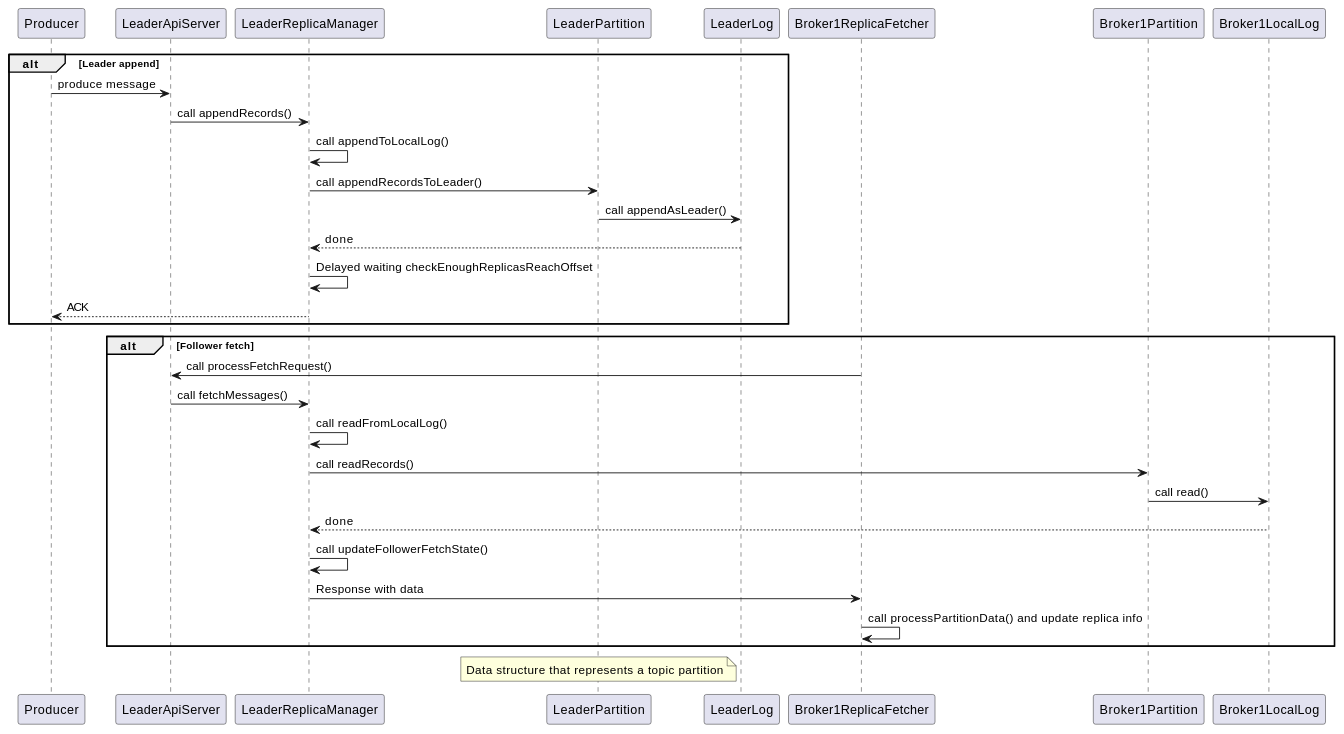
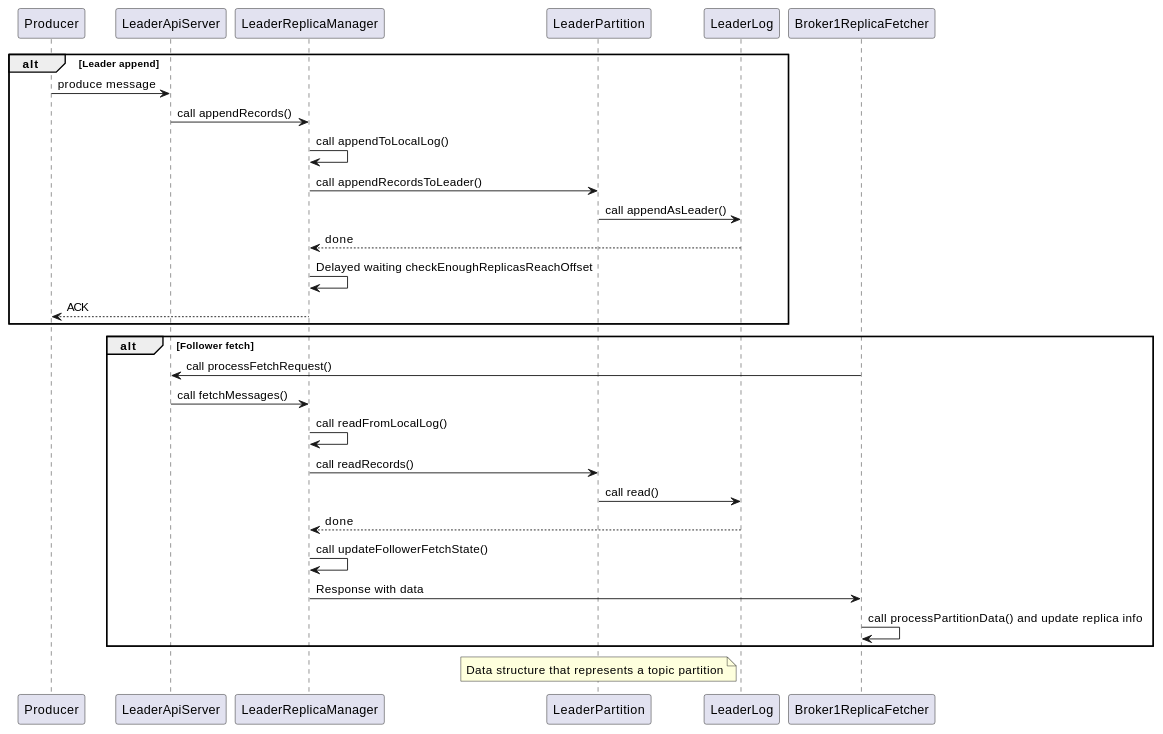
Before and after one commit to Rustin170506/kafka.slide: the fifth of 5 diagrams in slides.md, drawn with PlantUML.

````diff
--- a/slides.md
+++ b/slides.md
@@ -423,28 +423,28 @@
-```plantuml
+```plantuml {scale: 0.9}
 @startuml
 alt Leader append
 Producer -> LeaderApiServer : produce message 
 LeaderApiServer -> LeaderReplicaManager : call appendRecords()
 LeaderReplicaManager -> LeaderReplicaManager : call appendToLocalLog()
 LeaderReplicaManager -> LeaderPartition : call appendRecordsToLeader()
 LeaderPartition -> LeaderLog : call appendAsLeader()
 LeaderReplicaManager <-- LeaderLog : done
 LeaderReplicaManager -> LeaderReplicaManager : Delayed waiting checkEnoughReplicasReachOffset
 Producer <-- LeaderReplicaManager : ACK
 end
 
 alt Follower fetch
 Broker1ReplicaFetcher -> LeaderApiServer : call processFetchRequest()
 LeaderApiServer -> LeaderReplicaManager: call fetchMessages()
 LeaderReplicaManager -> LeaderReplicaManager : call readFromLocalLog()
-LeaderReplicaManager -> Broker1Partition : call readRecords()
-Broker1Partition -> Broker1LocalLog : call read()
-LeaderReplicaManager <-- Broker1LocalLog : done
+LeaderReplicaManager -> LeaderPartition : call readRecords()
+LeaderPartition -> LeaderLog : call read()
+LeaderReplicaManager <-- LeaderLog : done
 LeaderReplicaManager -> LeaderReplicaManager : call updateFollowerFetchState()
 LeaderReplicaManager -> Broker1ReplicaFetcher : Response with data
 Broker1ReplicaFetcher -> Broker1ReplicaFetcher: call processPartitionData() and update replica info
 end
 
 note over of LeaderPartition : Data structure that represents a topic partition
 @enduml
 ```
````
